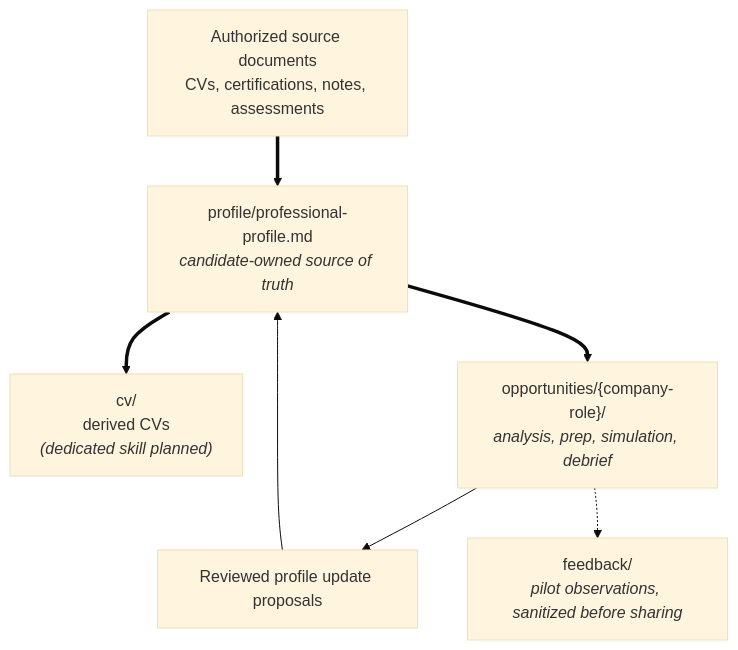
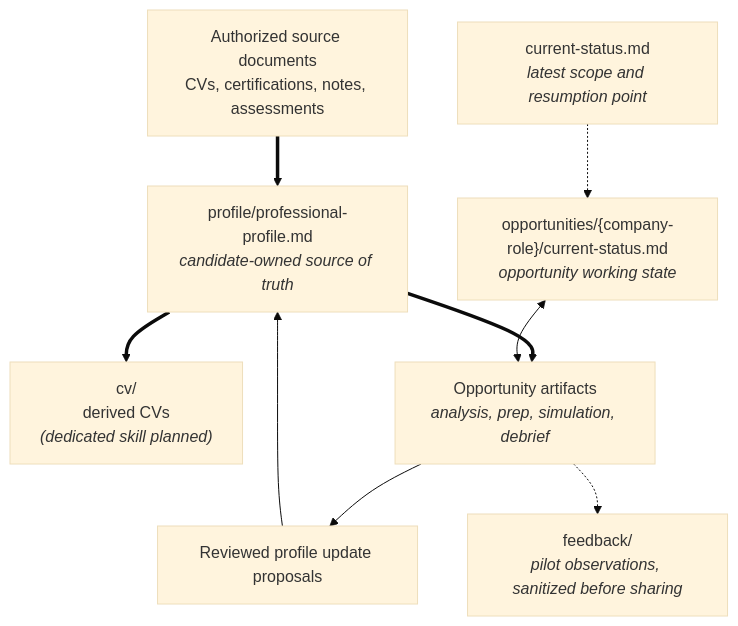
One commit to JeromeJ77/career-ai-toolkit changed the second of 2 diagrams in docs/architecture.md. Above: the diagram before and after it, drawn with Mermaid (base theme). The commit also changed other lines of this file and 13 other files, not shown here.

````diff
--- a/docs/architecture.md
+++ b/docs/architecture.md
@@ -43,16 +43,20 @@
 ```mermaid
 flowchart TD
     sources["Authorized source documents<br/>CVs, certifications, notes, assessments"]
     profile["profile/professional-profile.md<br/><i>candidate-owned source of truth</i>"]
+    workspaceStatus["current-status.md<br/><i>latest scope and resumption point</i>"]
     cv["cv/<br/>derived CVs<br/><i>(dedicated skill planned)</i>"]
-    opportunity["opportunities/{company-role}/<br/><i>analysis, prep, simulation, debrief</i>"]
+    opportunityStatus["opportunities/{company-role}/current-status.md<br/><i>opportunity working state</i>"]
+    opportunity["Opportunity artifacts<br/><i>analysis, prep, simulation, debrief</i>"]
     updates["Reviewed profile update proposals"]
     feedback["feedback/<br/><i>pilot observations, sanitized before sharing</i>"]
 
     sources ==> profile
     profile ==> cv
     profile ==> opportunity
+    workspaceStatus -.-> opportunityStatus
+    opportunityStatus <--> opportunity
     opportunity --> updates
     updates --> profile
     opportunity -.-> feedback
 ```
````
